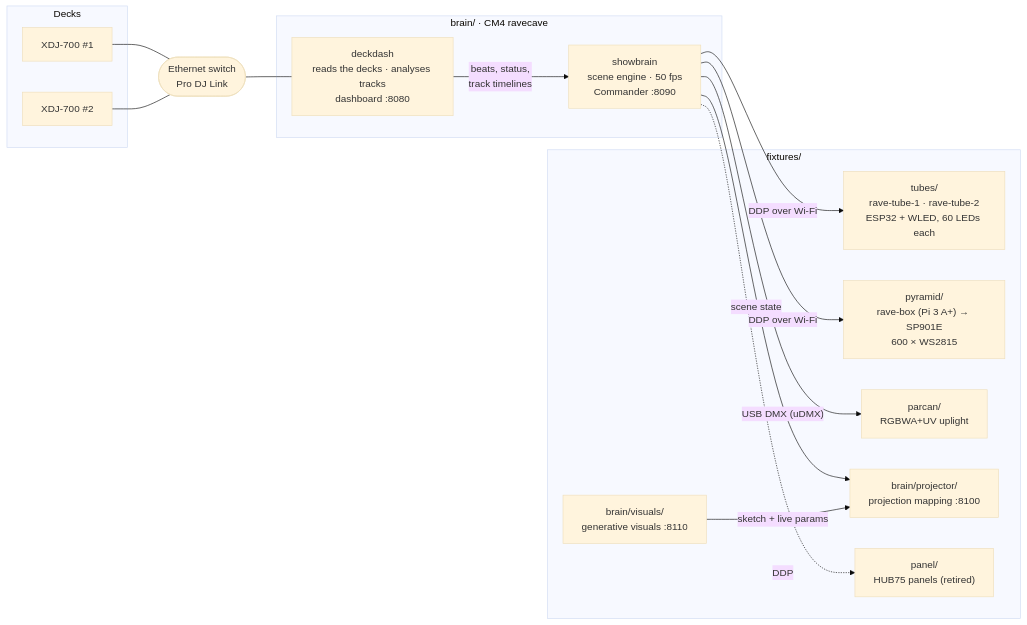
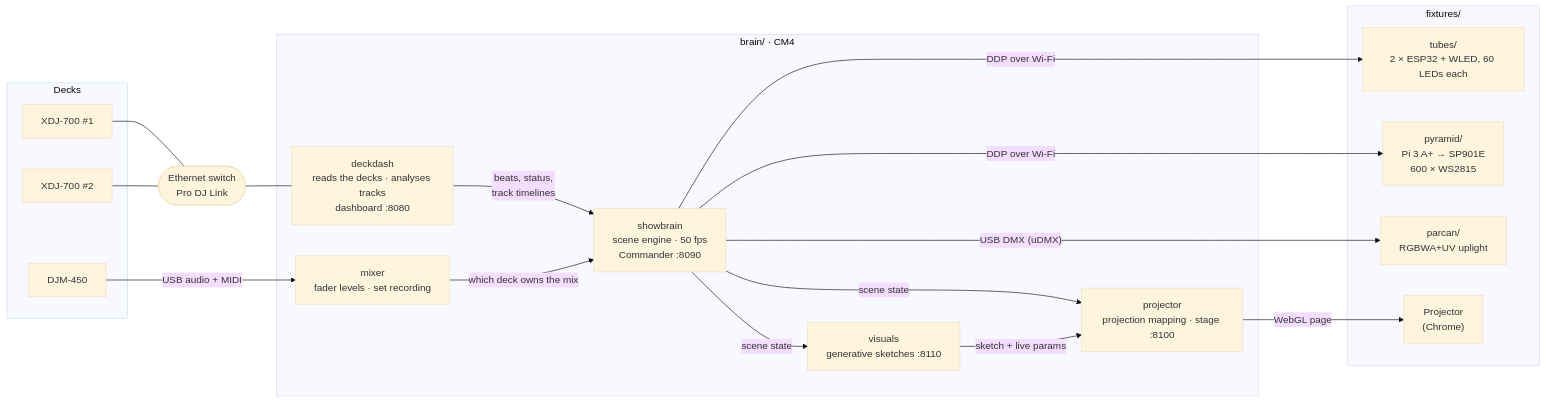
One commit to AuClark/rave-cave changed the diagram in README.md. Above: the diagram before and after it, drawn with Mermaid (base theme). The commit also changed other lines of this file and 1 other file, not shown here.

````diff
--- a/README.md
+++ b/README.md
@@ -11,32 +14,37 @@
 ```mermaid
 flowchart LR
   subgraph decks ["Decks"]
     d1["XDJ-700 #1"]
     d2["XDJ-700 #2"]
+    djm["DJM-450"]
   end
   sw(["Ethernet switch<br/>Pro DJ Link"])
   d1 --- sw
   d2 --- sw
 
-  subgraph brain ["brain/ · CM4 ravecave"]
+  subgraph brain ["brain/ · CM4"]
     dd["deckdash<br/>reads the decks · analyses tracks<br/>dashboard :8080"]
+    mx["mixer<br/>fader levels · set recording"]
     sb["showbrain<br/>scene engine · 50 fps<br/>Commander :8090"]
+    proj["projector<br/>projection mapping · stage :8100"]
+    vis["visuals<br/>generative sketches :8110"]
     dd -->|"beats, status,<br/>track timelines"| sb
+    mx -->|"which deck owns the mix"| sb
+    sb -->|"scene state"| proj
+    sb -->|"scene state"| vis
+    vis -->|"sketch + live params"| proj
   end
   sw --- dd
+  djm -->|"USB audio + MIDI"| mx
 
   subgraph fixtures ["fixtures/"]
-    tubes["tubes/<br/>rave-tube-1 · rave-tube-2<br/>ESP32 + WLED, 60 LEDs each"]
-    pyr["pyramid/<br/>rave-box (Pi 3 A+) → SP901E<br/>600 × WS2815"]
+    tubes["tubes/<br/>2 × ESP32 + WLED, 60 LEDs each"]
+    pyr["pyramid/<br/>Pi 3 A+ → SP901E<br/>600 × WS2815"]
     par["parcan/<br/>RGBWA+UV uplight"]
-    proj["brain/projector/<br/>projection mapping :8100"]
-    vis["brain/visuals/<br/>generative visuals :8110"]
-    panel["panel/<br/>HUB75 panels (retired)"]
+    pj["Projector<br/>(Chrome)"]
   end
   sb -->|"DDP over Wi-Fi"| tubes
   sb -->|"DDP over Wi-Fi"| pyr
   sb -->|"USB DMX (uDMX)"| par
-  sb -->|"scene state"| proj
-  vis -->|"sketch + live params"| proj
-  sb -.->|"DDP"| panel
+  proj -->|"WebGL page"| pj
 ```
````
